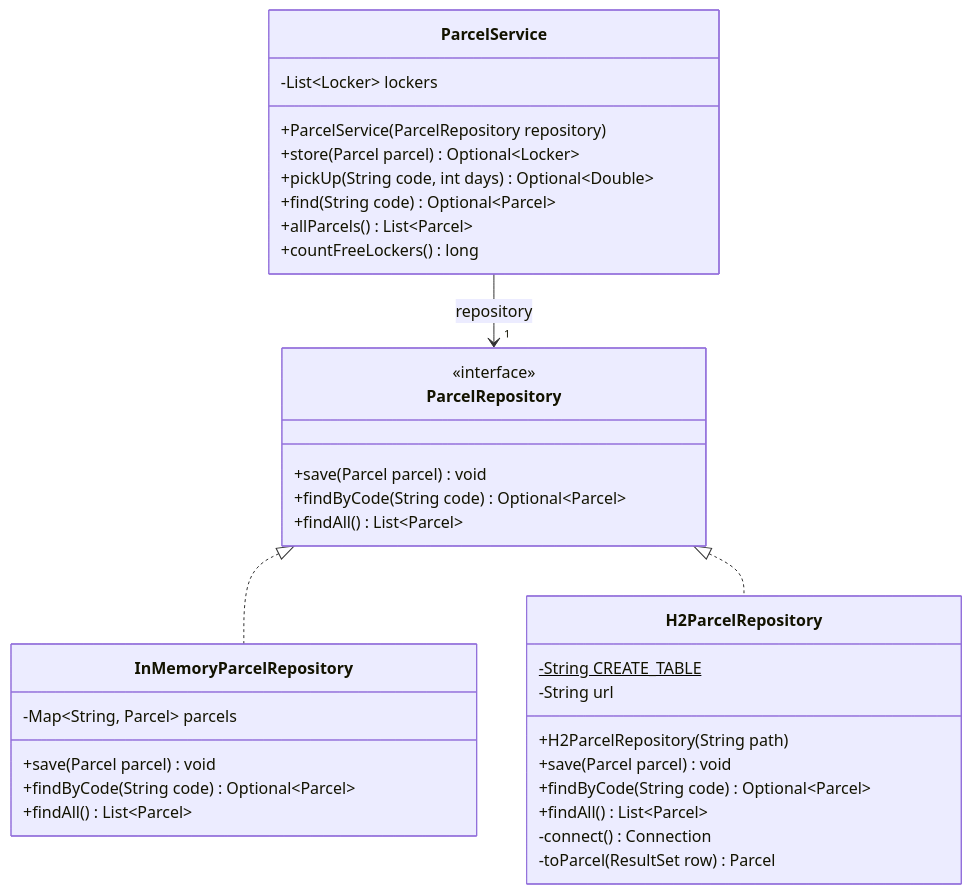
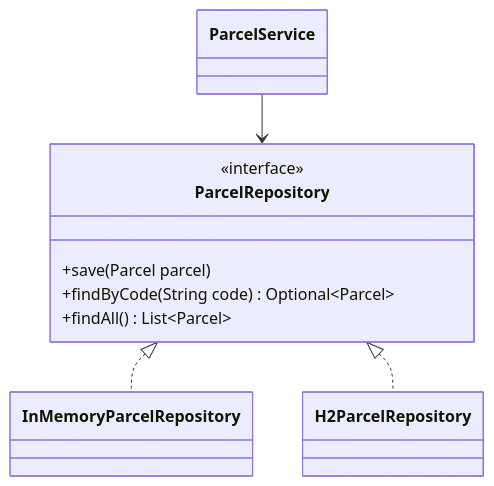
The second of 3 diagrams in LAB_REPORT.md (JirathiwatSun/itcs382-h2-lab), drawn with Mermaid before and after one commit. The commit also changed other lines of this file, not shown here.

Commit message:
Put Part A diagrams in the lab sheet form

````diff
--- a/LAB_REPORT.md
+++ b/LAB_REPORT.md
@@ -123,37 +123,15 @@
 ```mermaid
 classDiagram
-    class ParcelService {
-        -List~Locker~ lockers
-        +ParcelService(ParcelRepository repository)
-        +store(Parcel parcel) Optional~Locker~
-        +pickUp(String code, int days) Optional~Double~
-        +find(String code) Optional~Parcel~
-        +allParcels() List~Parcel~
-        +countFreeLockers() long
-    }
+    class ParcelService
     class ParcelRepository {
         <<interface>>
-        +save(Parcel parcel) void
+        +save(Parcel parcel)
         +findByCode(String code) Optional~Parcel~
         +findAll() List~Parcel~
     }
-    class InMemoryParcelRepository {
-        -Map~String, Parcel~ parcels
-        +save(Parcel parcel) void
-        +findByCode(String code) Optional~Parcel~
-        +findAll() List~Parcel~
-    }
-    class H2ParcelRepository {
-        -String CREATE_TABLE$
-        -String url
-        +H2ParcelRepository(String path)
-        +save(Parcel parcel) void
-        +findByCode(String code) Optional~Parcel~
-        +findAll() List~Parcel~
-        -connect() Connection
-        -toParcel(ResultSet row) Parcel
-    }
-    ParcelService --> "1" ParcelRepository : repository
+    class InMemoryParcelRepository
+    class H2ParcelRepository
+    ParcelService --> ParcelRepository
     ParcelRepository <|.. InMemoryParcelRepository
     ParcelRepository <|.. H2ParcelRepository
 ```
````
